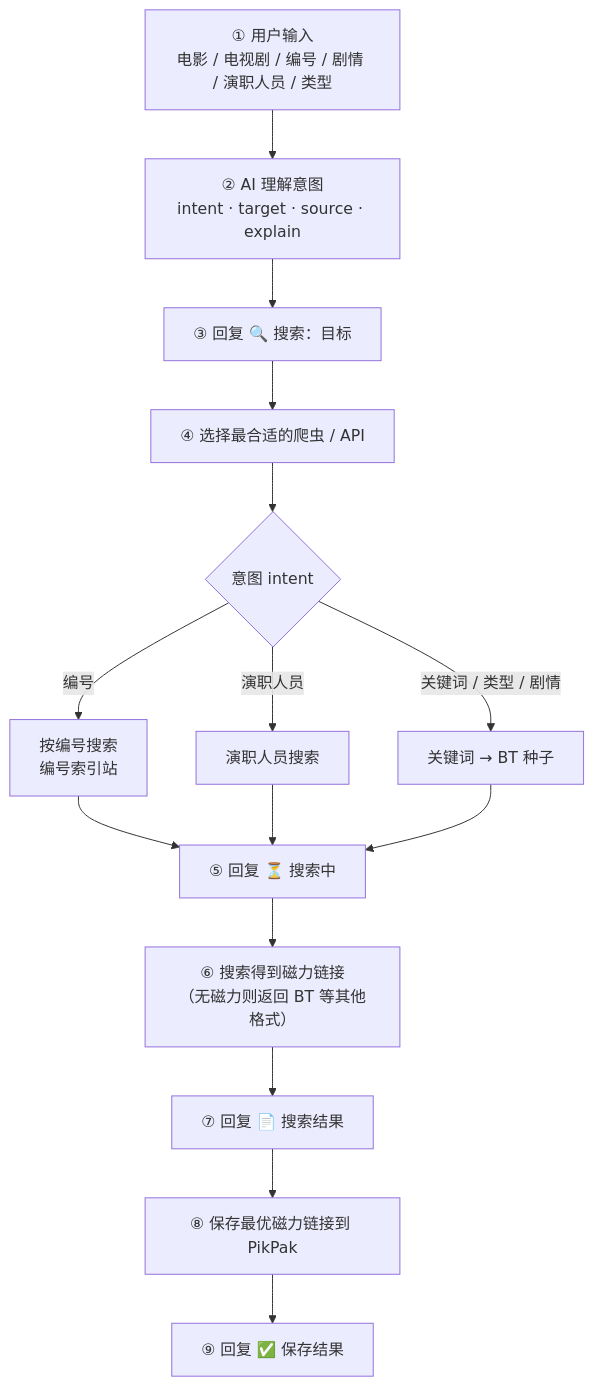
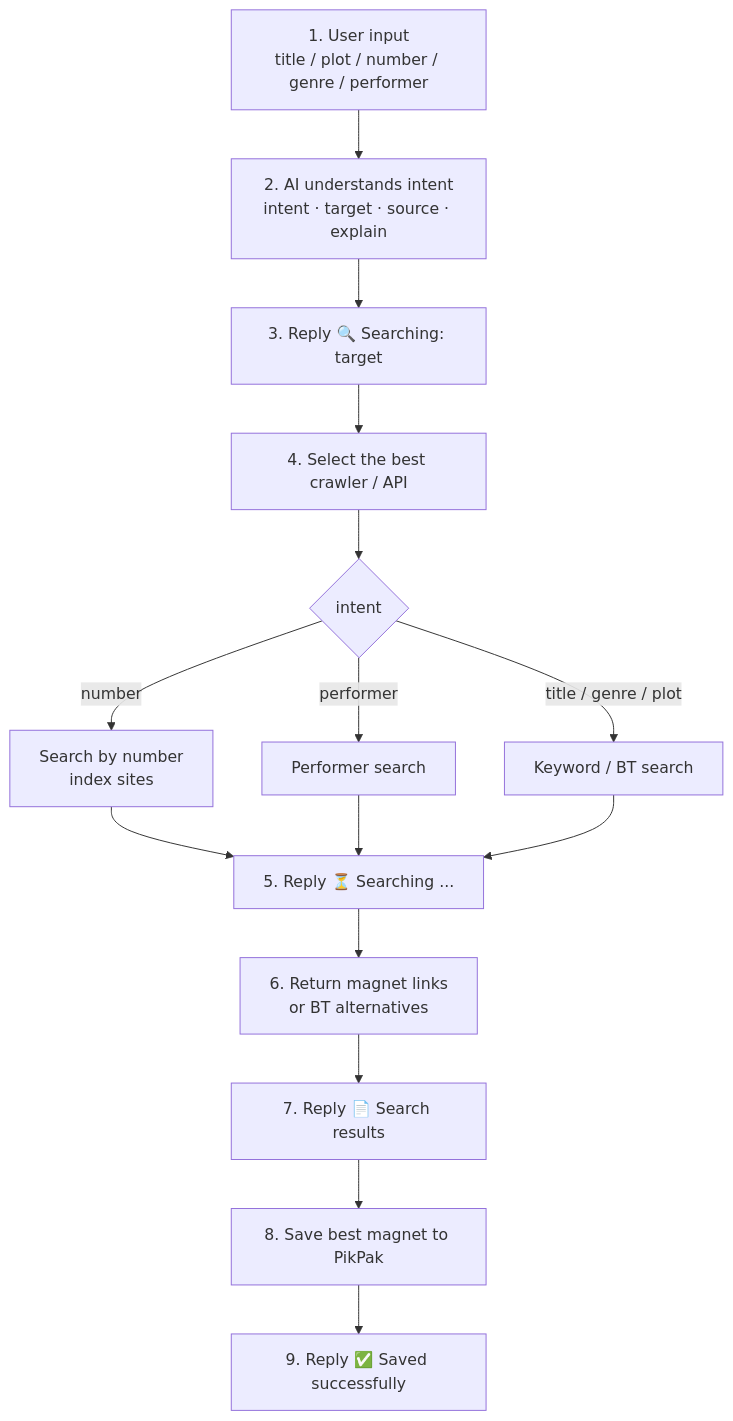
Before and after one commit to akynazh/tg-search-bot: the diagram in README.md, drawn with Mermaid. The commit also changed other lines of this file and 4 other files, not shown here.

````diff
--- a/README.md
+++ b/README.md
@@ -39,17 +38,17 @@
 ```mermaid
 flowchart TD
-    A["① 用户输入<br/>电影 / 电视剧 / 编号 / 剧情 / 演职人员 / 类型"] --> B["② AI 理解意图<br/>intent · target · source · explain"]
-    B --> C["③ 回复 🔍 搜索：目标"]
-    C --> D["④ 选择最合适的爬虫 / API"]
-    D --> D1{意图 intent}
-    D1 -->|编号| E["按编号搜索<br/>编号索引站"]
-    D1 -->|演职人员| F["演职人员搜索"]
-    D1 -->|关键词 / 类型 / 剧情| G["关键词 → BT 种子"]
-    E --> H["⑤ 回复 ⏳ 搜索中"]
+    A["1. User input<br/>title / plot / number / genre / performer"] --> B["2. AI understands intent<br/>intent · target · source · explain"]
+    B --> C["3. Reply 🔍 Searching: target"]
+    C --> D["4. Select the best crawler / API"]
+    D --> D1{intent}
+    D1 -->|number| E["Search by number<br/>index sites"]
+    D1 -->|performer| F["Performer search"]
+    D1 -->|title / genre / plot| G["Keyword / BT search"]
+    E --> H["5. Reply ⏳ Searching ..."]
     F --> H
     G --> H
-    H --> I["⑥ 搜索得到磁力链接<br/>（无磁力则返回 BT 等其他格式）"]
-    I --> J["⑦ 回复 📄 搜索结果"]
-    J --> K["⑧ 保存最优磁力链接到 PikPak"]
-    K --> L["⑨ 回复 ✅ 保存结果"]
+    H --> I["6. Return magnet links<br/>or BT alternatives"]
+    I --> J["7. Reply 📄 Search results"]
+    J --> K["8. Save best magnet to PikPak"]
+    K --> L["9. Reply ✅ Saved successfully"]
 ```
````
